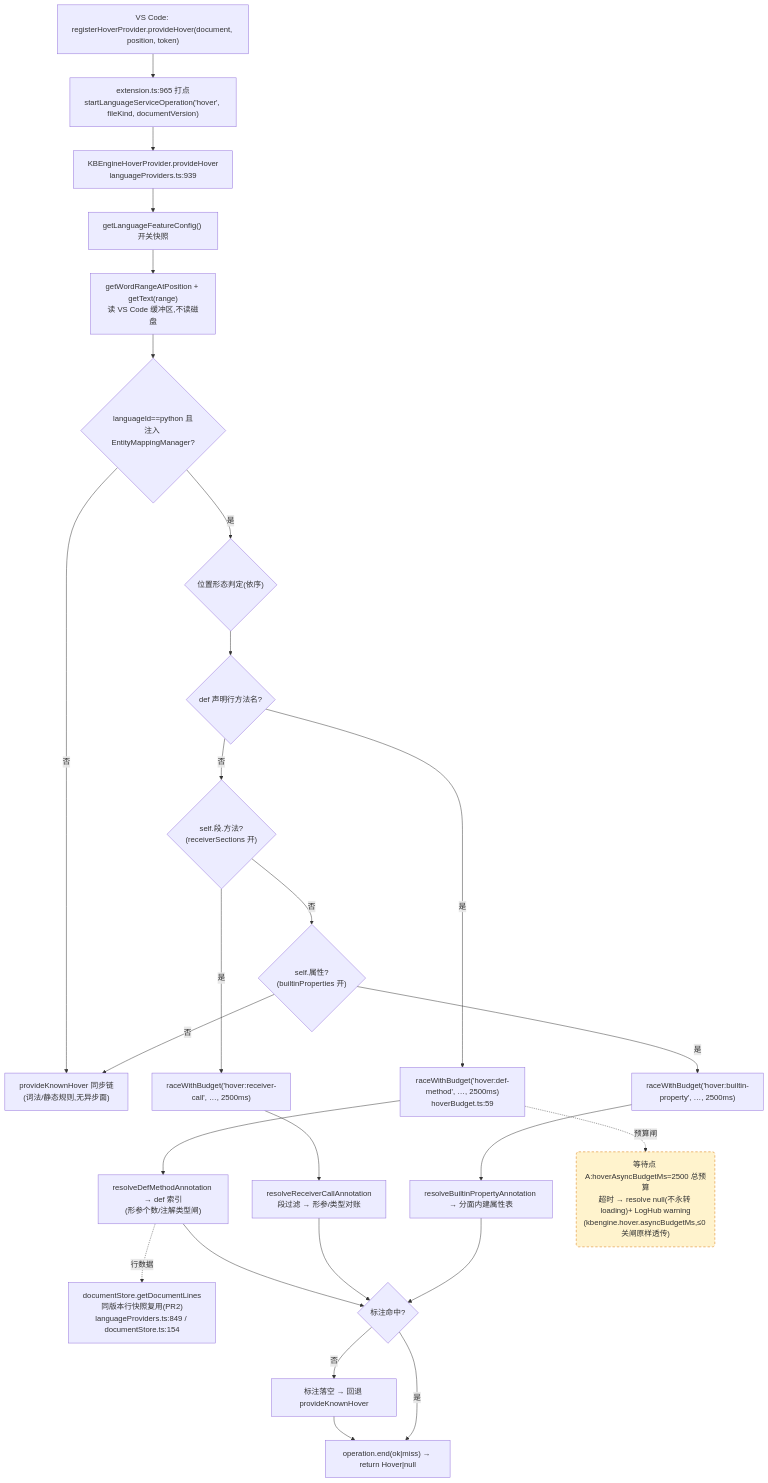
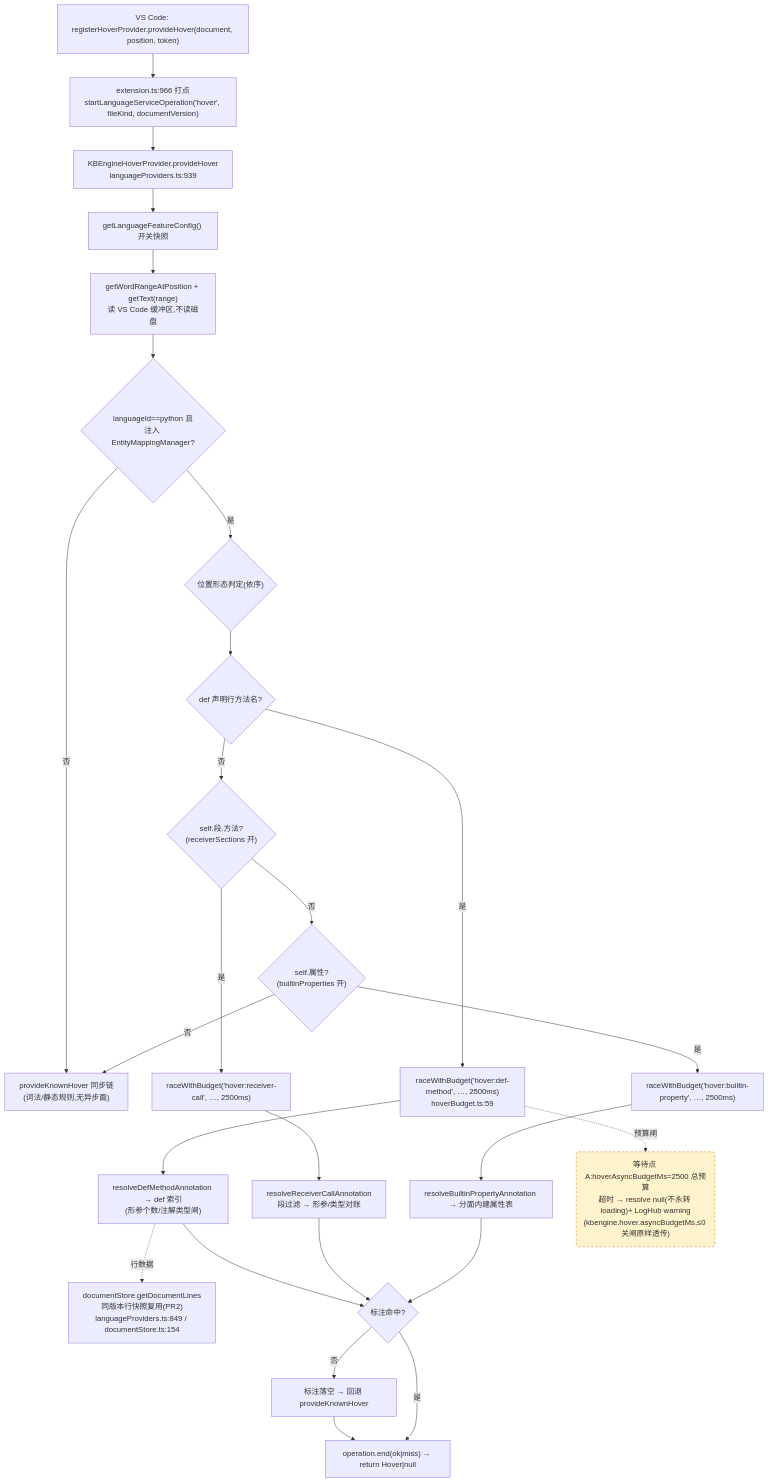
One commit to cuihairu/kode changed the first of 4 diagrams in docs/perf/2026-baseline.md. Above: the diagram before and after it, drawn with Mermaid. The commit also changed other lines of this file and 1 other file, not shown here.

First line of the commit message:
test: roll extension.ts perf anchors after hot-lane edits

````diff
--- a/docs/perf/2026-baseline.md
+++ b/docs/perf/2026-baseline.md
@@ -82,45 +82,45 @@
 ```mermaid
 flowchart TD
   VC1["VS Code: registerHoverProvider.provideHover(document, position, token)"]
-  M1["extension.ts:965 打点<br/>startLanguageServiceOperation('hover', fileKind, documentVersion)"]
+  M1["extension.ts:966 打点<br/>startLanguageServiceOperation('hover', fileKind, documentVersion)"]
   HP["KBEngineHoverProvider.provideHover<br/>languageProviders.ts:939"]
   CFG["getLanguageFeatureConfig() 开关快照"]
   WORD["getWordRangeAtPosition + getText(range)<br/>读 VS Code 缓冲区,不读磁盘"]
   BR{"languageId==python 且<br/>注入 EntityMappingManager?"}
   KN["provideKnownHover 同步链<br/>(词法/静态规则,无异步面)"]
   POS{"位置形态判定(依序)"}
   D1{"def 声明行方法名?"}
   D2{"self.段.方法?<br/>(receiverSections 开)"}
   D3{"self.属性?<br/>(builtinProperties 开)"}
   RA1["raceWithBudget('hover:def-method', …, 2500ms)<br/>hoverBudget.ts:59"]
   RA2["raceWithBudget('hover:receiver-call', …, 2500ms)"]
   RA3["raceWithBudget('hover:builtin-property', …, 2500ms)"]
   RS1["resolveDefMethodAnnotation → def 索引<br/>(形参个数/注解类型闸)"]
   RS2["resolveReceiverCallAnnotation<br/>段过滤 → 形参/类型对账"]
   RS3["resolveBuiltinPropertyAnnotation → 分面内建属性表"]
   LINES["documentStore.getDocumentLines<br/>同版本行快照复用(PR2)<br/>languageProviders.ts:849 / documentStore.ts:154"]
   MISS["标注落空 → 回退 provideKnownHover"]
   END1["operation.end(ok|miss) → return Hover|null"]
 
   VC1 --> M1 --> HP --> CFG --> WORD --> BR
   BR -- "否" --> KN
   BR -- "是" --> POS --> D1
   D1 -- "是" --> RA1 --> RS1
   D1 -- "否" --> D2
   D2 -- "是" --> RA2 --> RS2
   D2 -- "否" --> D3
   D3 -- "是" --> RA3 --> RS3
   D3 -- "否" --> KN
   RS1 --> HIT{"标注命中?"}
   RS2 --> HIT
   RS3 --> HIT
   RS1 -.->|行数据| LINES
   HIT -- "否" --> MISS --> END1
   HIT -- "是" --> END1
 
   WAITA("等待点 A:hoverAsyncBudgetMs=2500 总预算<br/>超时 → resolve null(不永转 loading)+ LogHub warning<br/>(kbengine.hover.asyncBudgetMs,≤0 关闸原样透传)")
   RA1 -.->|预算闸| WAITA
 
   classDef waitPoint fill:#fff3cd,stroke:#d97706,stroke-dasharray:5 4;
   class WAITA waitPoint;
 ```
````
